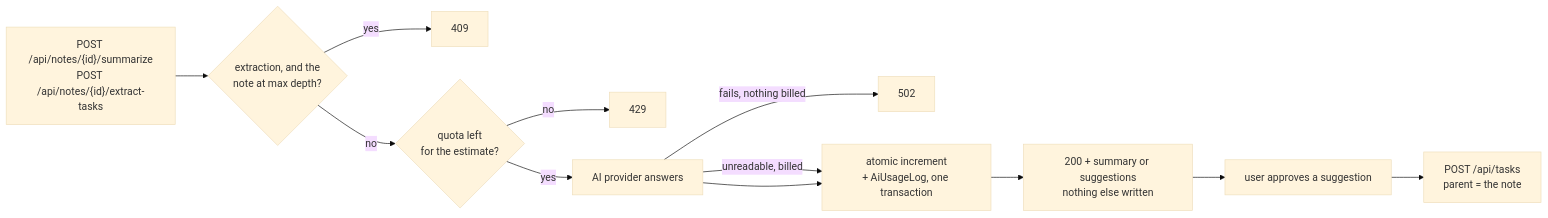
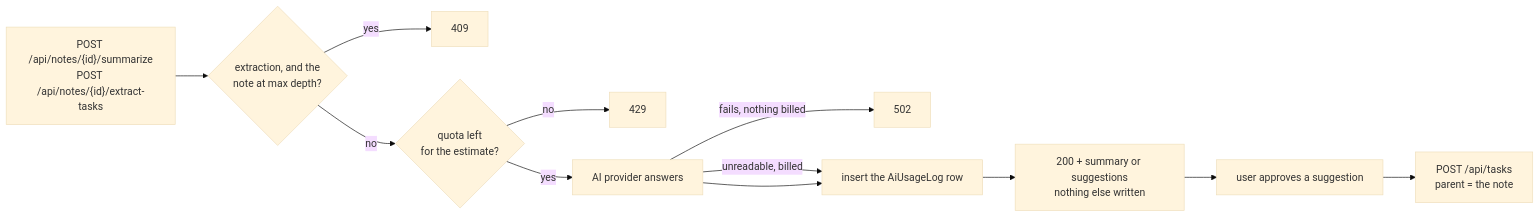
One commit to alamr-nawaf/StudyHub changed the seventh of 8 diagrams in docs/ARCHITECTURE.md. Above: the diagram before and after it, drawn with Mermaid (base theme). The commit also changed other lines of this file and 29 other files, not shown here.

````diff
--- a/docs/ARCHITECTURE.md
+++ b/docs/ARCHITECTURE.md
@@ -354,14 +354,14 @@
 ```mermaid
 graph LR
     N["POST /api/notes/{id}/summarize<br/>POST /api/notes/{id}/extract-tasks"] --> D{"extraction, and the<br/>note at max depth?"}
     D -->|yes| R1["409"]
     D -->|no| Q{"quota left<br/>for the estimate?"}
     Q -->|no| R2["429"]
     Q -->|yes| AI["AI provider answers"]
     AI -->|"fails, nothing billed"| R3["502"]
     AI -->|"unreadable, billed"| L
-    AI --> L["atomic increment<br/>+ AiUsageLog, one transaction"]
+    AI --> L["insert the AiUsageLog row"]
     L --> S["200 + summary or suggestions<br/>nothing else written"]
     S --> U["user approves a suggestion"]
     U --> T["POST /api/tasks<br/>parent = the note"]
 ```
````
